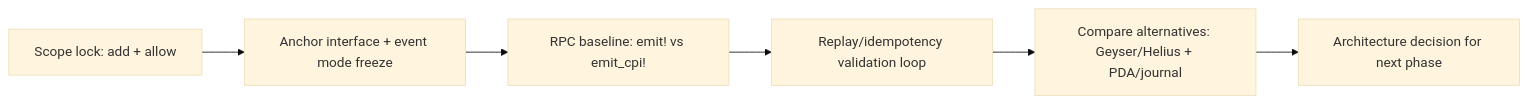
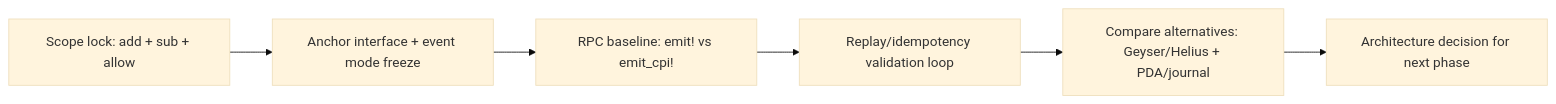
Before and after one commit to zama-ai/fhevm: the first of 2 diagrams in docs/protocol/explorations/solana-host-listener/PLAN.md, drawn with Mermaid (base theme). The commit also changed other lines of this file and 7 other files, not shown here.

````diff
--- a/docs/protocol/explorations/solana-host-listener/PLAN.md
+++ b/docs/protocol/explorations/solana-host-listener/PLAN.md
@@ -14,8 +15,8 @@
 ```mermaid
 flowchart LR
-  A["Scope lock: add + allow"] --> B["Anchor interface + event mode freeze"]
+  A["Scope lock: add + sub + allow"] --> B["Anchor interface + event mode freeze"]
   B --> C["RPC baseline: emit! vs emit_cpi!"]
   C --> D["Replay/idempotency validation loop"]
   D --> E["Compare alternatives: Geyser/Helius + PDA/journal"]
   E --> F["Architecture decision for next phase"]
 ```
````
